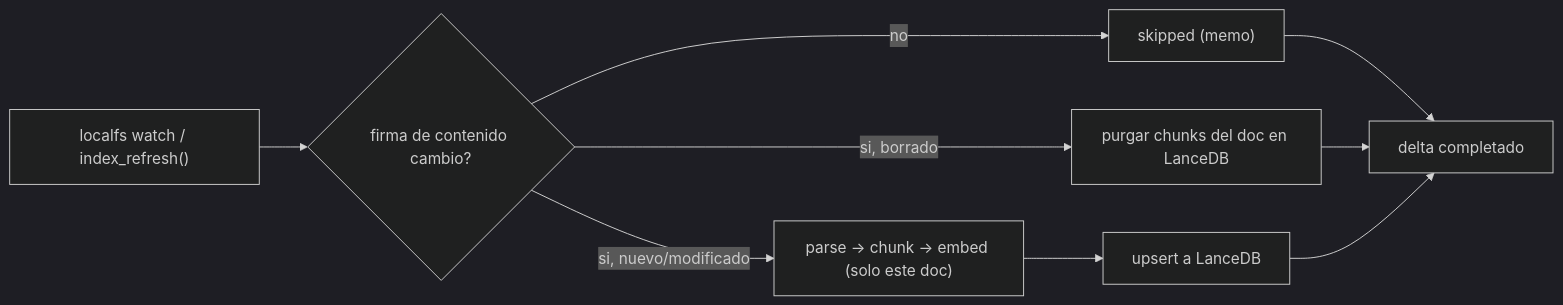
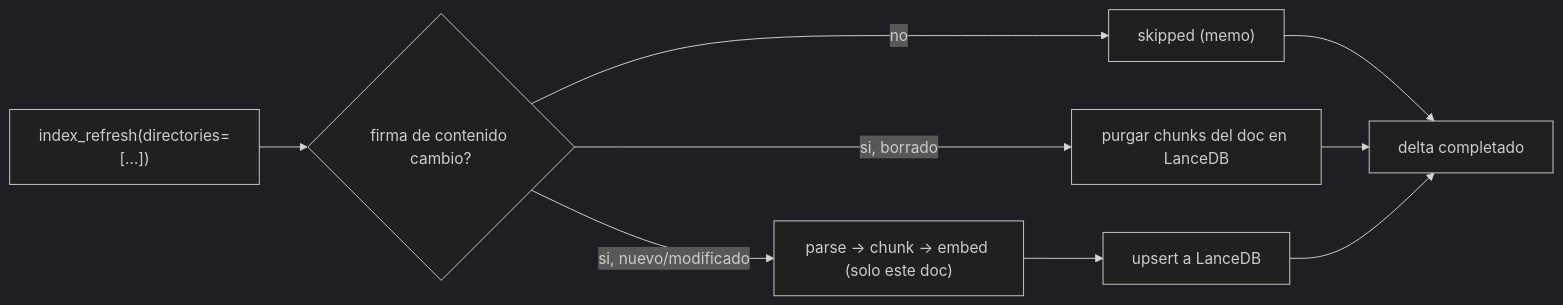
Before and after one commit to Fisherk2/tepochcalli-opencode: the diagram in specs/spec-rag-engine.md, drawn with Mermaid (dark theme). The commit also changed other lines of this file and 11 other files, not shown here.

````diff
--- a/specs/spec-rag-engine.md
+++ b/specs/spec-rag-engine.md
@@ -161,11 +282,11 @@
 ```mermaid
 flowchart LR
-    W["localfs watch / index_refresh()"] --> D{"firma de contenido cambio?"}
+    W["index_refresh(directories=[...])"] --> D{"firma de contenido cambio?"}
     D -- no --> S["skipped (memo)"]
     D -- si, nuevo/modificado --> P["parse -> chunk -> embed (solo este doc)"]
     D -- si, borrado --> R["purgar chunks del doc en LanceDB"]
     P --> U["upsert a LanceDB"]
     S --> OK["delta completado"]
     R --> OK
     U --> OK
 ```
````
